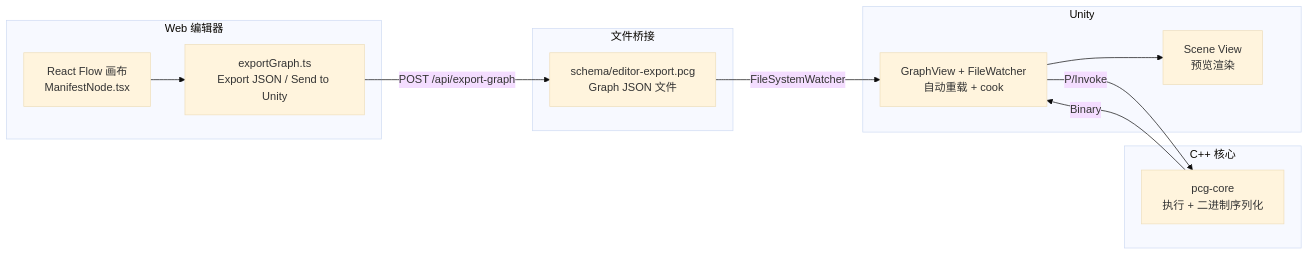
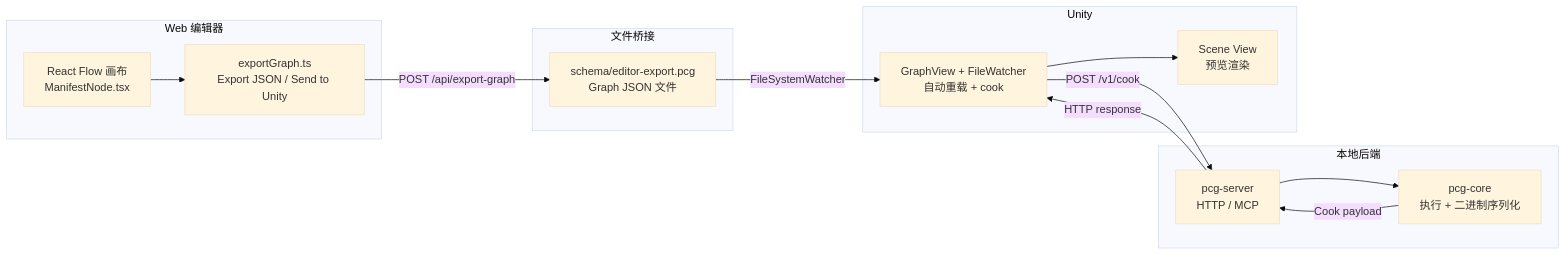
Before and after one commit to DJ-Huang/PCG-AI: the diagram in docs/Tutorials/09-end-to-end-debug.md, drawn with Mermaid (base theme). The commit also changed other lines of this file and 668 other files, not shown here.

````diff
--- a/docs/Tutorials/09-end-to-end-debug.md
+++ b/docs/Tutorials/09-end-to-end-debug.md
@@ -27,23 +27,26 @@
 ```mermaid
 flowchart LR
     subgraph "Web 编辑器"
         WE["React Flow 画布<br/>ManifestNode.tsx"]
         EG["exportGraph.ts<br/>Export JSON / Send to Unity"]
     end
     subgraph "文件桥接"
         PCG["schema/editor-export.pcg<br/>Graph JSON 文件"]
     end
-    subgraph "C++ 核心"
+    subgraph "本地后端"
+        PS["pcg-server<br/>HTTP / MCP"]
         CC["pcg-core<br/>执行 + 二进制序列化"]
     end
     subgraph "Unity"
         UE["GraphView + FileWatcher<br/>自动重载 + cook"]
         SV["Scene View<br/>预览渲染"]
     end
     WE --> EG
     EG -->|POST /api/export-graph| PCG
     PCG -->|FileSystemWatcher| UE
-    UE -->|P/Invoke| CC
-    CC -->|Binary| UE
+    UE -->|POST /v1/cook| PS
+    PS --> CC
+    CC -->|Cook payload| PS
+    PS -->|HTTP response| UE
     UE --> SV
 ```
````
